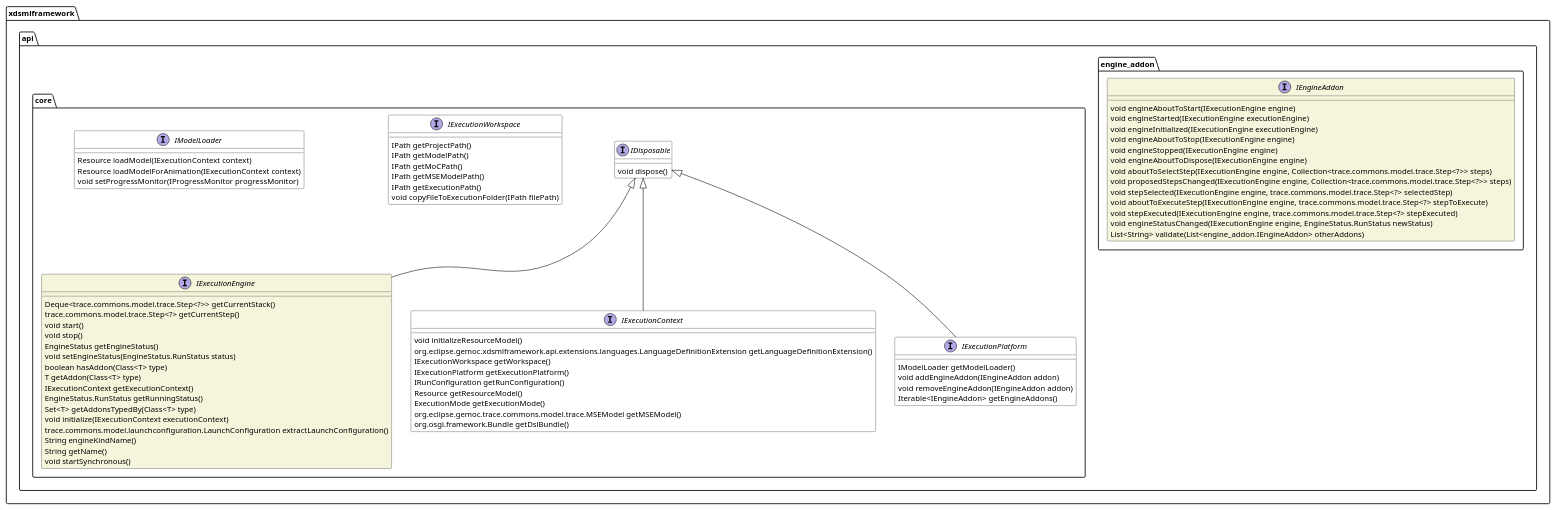
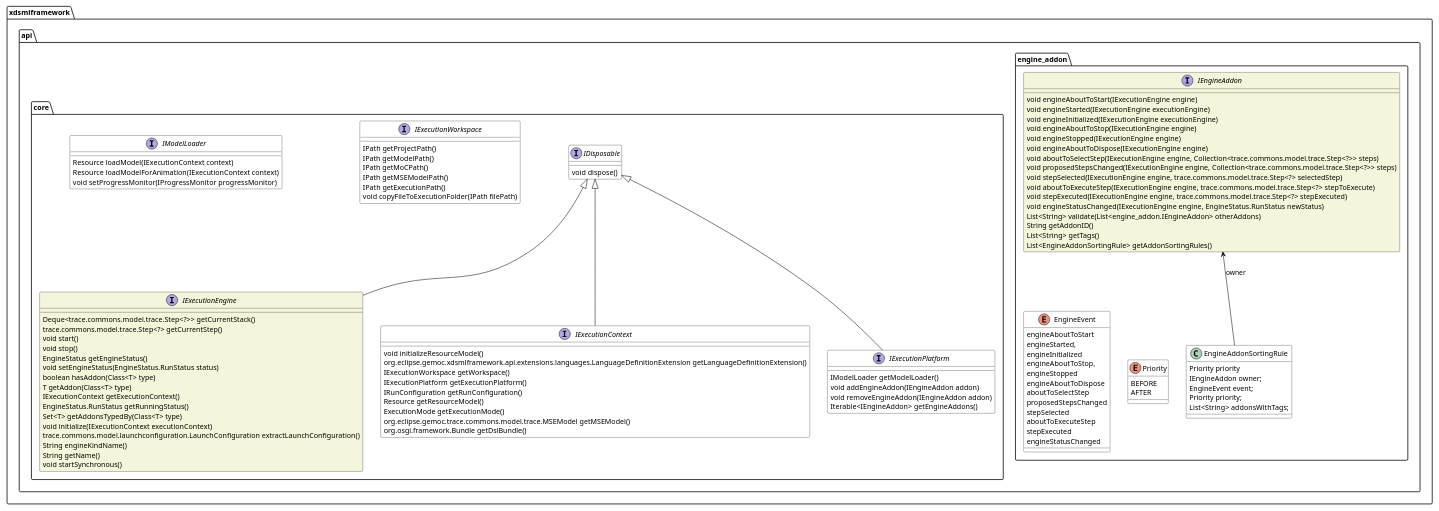
The diagram in framework/framework_commons/docs/dev/images/dev/frameworkcommons_api_overview_CD.plantuml (eclipse-gemoc/gemoc-studio-modeldebugging), drawn with PlantUML before and after one commit.

Commit message:
updated class diagram about IEngineAddon interface
contributes to
https://github.com/eclipse/gemoc-studio-modeldebugging/issues/151

```diff
--- a/framework/framework_commons/docs/dev/images/dev/frameworkcommons_api_overview_CD.plantuml
+++ b/framework/framework_commons/docs/dev/images/dev/frameworkcommons_api_overview_CD.plantuml
@@ -1,85 +1,119 @@
 @startuml
 skinparam class {
 	BackgroundColor White
 	ArrowColor Black
 	BorderColor Black
 }
 
 scale max 1024 width
 scale max 800 height
 
 package xdsmlframework.api.engine_addon {
+	
 	interface IEngineAddon #beige {
 		void engineAboutToStart(IExecutionEngine engine)
 		void engineStarted(IExecutionEngine executionEngine)
 		void engineInitialized(IExecutionEngine executionEngine)
 		void engineAboutToStop(IExecutionEngine engine)
 		void engineStopped(IExecutionEngine engine)
 		void engineAboutToDispose(IExecutionEngine engine)
 		void aboutToSelectStep(IExecutionEngine engine, Collection<trace.commons.model.trace.Step<?>> steps)
 		void proposedStepsChanged(IExecutionEngine engine, Collection<trace.commons.model.trace.Step<?>> steps)
 		void stepSelected(IExecutionEngine engine, trace.commons.model.trace.Step<?> selectedStep)
 		void aboutToExecuteStep(IExecutionEngine engine, trace.commons.model.trace.Step<?> stepToExecute)
 		void stepExecuted(IExecutionEngine engine, trace.commons.model.trace.Step<?> stepExecuted)
 		void engineStatusChanged(IExecutionEngine engine, EngineStatus.RunStatus newStatus)
 		List<String> validate(List<engine_addon.IEngineAddon> otherAddons)
+		String getAddonID()
+		List<String> getTags()
+		List<EngineAddonSortingRule> getAddonSortingRules()
 	}
+	
+	class EngineAddonSortingRule {
+		Priority priority
+		IEngineAddon owner;
+		EngineEvent event;
+		Priority priority;
+		List<String> addonsWithTags;
+	}
+	enum Priority {
+		BEFORE
+		AFTER
+	}
+	enum EngineEvent {
+		engineAboutToStart
+		engineStarted,
+		engineInitialized
+		engineAboutToStop,
+		engineStopped
+		engineAboutToDispose
+		aboutToSelectStep
+		proposedStepsChanged
+		stepSelected
+		aboutToExecuteStep
+		stepExecuted
+		engineStatusChanged
+	}
+	
+	Priority -[hidden]> EngineAddonSortingRule
+	EngineEvent -[hidden]> EngineAddonSortingRule
+	IEngineAddon <-- EngineAddonSortingRule : owner
 }
 
 package xdsmlframework.api.core {
 	interface IExecutionEngine #beige {
 		Deque<trace.commons.model.trace.Step<?>> getCurrentStack()
 		trace.commons.model.trace.Step<?> getCurrentStep()
 		void start()
 		void stop()
 		EngineStatus getEngineStatus()
 		void setEngineStatus(EngineStatus.RunStatus status)
 		boolean hasAddon(Class<T> type)
 		T getAddon(Class<T> type)
 		IExecutionContext getExecutionContext()
 		EngineStatus.RunStatus getRunningStatus()
 		Set<T> getAddonsTypedBy(Class<T> type)
 		void initialize(IExecutionContext executionContext)
 		trace.commons.model.launchconfiguration.LaunchConfiguration extractLaunchConfiguration()
 		String engineKindName()
 		String getName()
 		void startSynchronous()
 	}
 	interface IExecutionContext {
 		void initializeResourceModel()
 		org.eclipse.gemoc.xdsmlframework.api.extensions.languages.LanguageDefinitionExtension getLanguageDefinitionExtension()
 		IExecutionWorkspace getWorkspace()
 		IExecutionPlatform getExecutionPlatform()
 		IRunConfiguration getRunConfiguration()
 		Resource getResourceModel()
 		ExecutionMode getExecutionMode()
 		org.eclipse.gemoc.trace.commons.model.trace.MSEModel getMSEModel()
 		org.osgi.framework.Bundle getDslBundle()
 	}
 	interface "IDisposable" as org_eclipse_gemoc_xdsmlframework_api_core_IDisposable {		
 		void dispose()
 	}
 	interface IExecutionWorkspace {
 		IPath getProjectPath()
 		IPath getModelPath()
 		IPath getMoCPath()
 		IPath getMSEModelPath()
 		IPath getExecutionPath()
 		void copyFileToExecutionFolder(IPath filePath)
 	}
 	interface IExecutionPlatform {
 		IModelLoader getModelLoader()
 		void addEngineAddon(IEngineAddon addon)
 		void removeEngineAddon(IEngineAddon addon)
 		Iterable<IEngineAddon> getEngineAddons()
 	}
 	interface IModelLoader {
 		Resource loadModel(IExecutionContext context)
 		Resource loadModelForAnimation(IExecutionContext context)
 		void setProgressMonitor(IProgressMonitor progressMonitor)
 	}
 	org_eclipse_gemoc_xdsmlframework_api_core_IDisposable <|-- IExecutionEngine
 	org_eclipse_gemoc_xdsmlframework_api_core_IDisposable <|-- IExecutionContext
 	org_eclipse_gemoc_xdsmlframework_api_core_IDisposable <|-- IExecutionPlatform
 }
 @enduml
```
